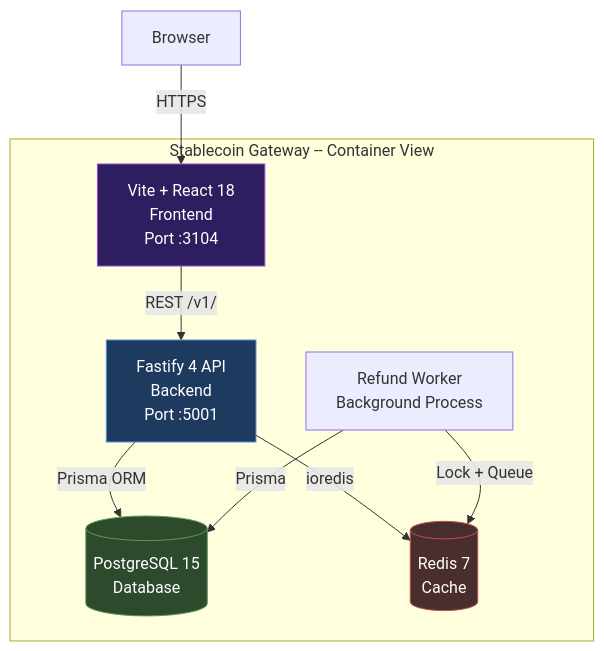
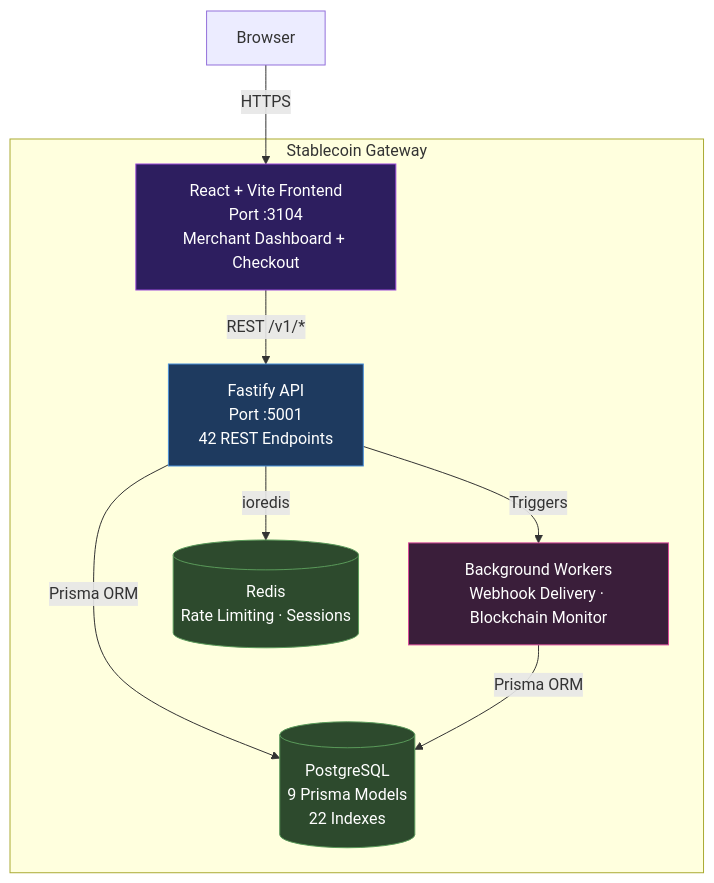
The fifth of 12 diagrams in products/stablecoin-gateway/docs/AUDIT-REPORT.md (Tamoura/Claude-Code-creates-the-SW-company), drawn with Mermaid before and after one commit. The commit also changed other lines of this file and 9 other files, not shown here.

First line of the commit message:
fix(stablecoin-gateway): phase0 audit remediation + quality reports

````diff
--- a/products/stablecoin-gateway/docs/AUDIT-REPORT.md
+++ b/products/stablecoin-gateway/docs/AUDIT-REPORT.md
@@ -184,21 +224,22 @@
 ```mermaid
 graph TD
-    subgraph SYSTEM["Stablecoin Gateway -- Container View"]
-        WEB["Vite + React 18\nFrontend\nPort :3104"]
-        API["Fastify 4 API\nBackend\nPort :5001"]
-        DB[("PostgreSQL 15\nDatabase")]
-        CACHE[("Redis 7\nCache")]
-        WORKER["Refund Worker\nBackground Process"]
+    subgraph SYSTEM["Stablecoin Gateway"]
+        WEB["React + Vite Frontend<br/>Port :3104<br/>Merchant Dashboard + Checkout"]
+        API["Fastify API<br/>Port :5001<br/>42 REST Endpoints"]
+        WORKER["Background Workers<br/>Webhook Delivery · Blockchain Monitor"]
+        DB[("PostgreSQL<br/>9 Prisma Models<br/>22 Indexes")]
+        CACHE[("Redis<br/>Rate Limiting · Sessions")]
     end
     BROWSER["Browser"] -->|"HTTPS"| WEB
-    WEB -->|"REST /v1/"| API
+    WEB -->|"REST /v1/*"| API
     API -->|"Prisma ORM"| DB
     API -->|"ioredis"| CACHE
-    WORKER -->|"Prisma"| DB
-    WORKER -->|"Lock + Queue"| CACHE
+    WORKER -->|"Prisma ORM"| DB
+    API -->|"Triggers"| WORKER
 
     style API fill:#1e3a5f,stroke:#4a90d9,color:#fff
     style WEB fill:#2d1e5f,stroke:#9a4ad9,color:#fff
     style DB fill:#2d4a2d,stroke:#5a9a5a,color:#fff
-    style CACHE fill:#4a2d2d,stroke:#c05050,color:#fff
+    style CACHE fill:#2d4a2d,stroke:#5a9a5a,color:#fff
+    style WORKER fill:#3a1e3a,stroke:#d94a9a,color:#fff
 ```
````
